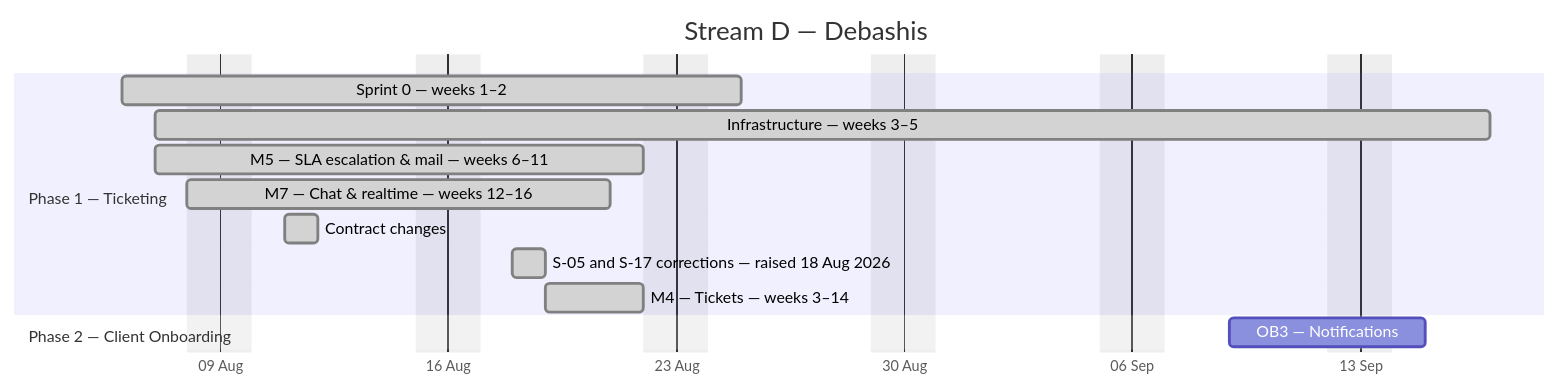
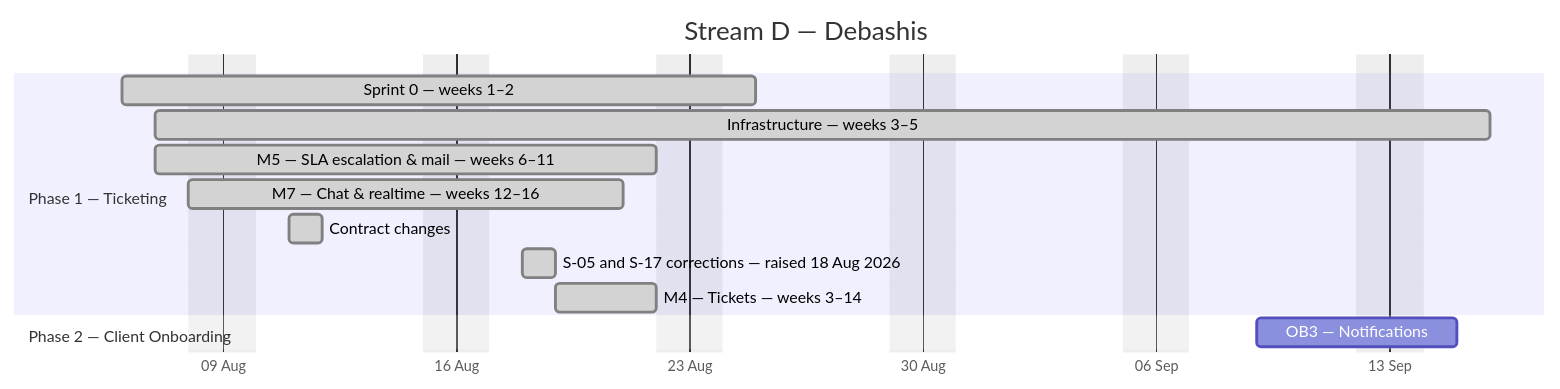
One commit to debashisedunext/EduTrack changed the fourth of 4 diagrams in docs/plan/GANTT.md. Above: the diagram before and after it, drawn with Mermaid. The commit also changed other lines of this file and 3 other files, not shown here.

````diff
--- a/docs/plan/GANTT.md
+++ b/docs/plan/GANTT.md
@@ -178,17 +173,17 @@
 ```mermaid
 gantt
     dateFormat YYYY-MM-DD
     axisFormat %d %b
     title Stream D — Debashis
     excludes weekends
     section Phase 1 — Ticketing
     Sprint 0 — weeks 1–2 :done, d0, 2026-08-06, 13d
-    Infrastructure — weeks 3–5 :done, d1, 2026-08-07, 29d
+    Infrastructure — weeks 3–5 :done, d1, 2026-08-07, 28d
     M5 — SLA  escalation & mail — weeks 6–11 :done, d2, 2026-08-07, 11d
     M7 — Chat & realtime — weeks 12–16 :done, d3, 2026-08-08, 10d
     Contract changes :done, d4, 2026-08-11, 1d
     S-05 and S-17 corrections — raised 18 Aug 2026 :done, d5, 2026-08-18, 1d
     M4 — Tickets — weeks 3–14 :done, d6, 2026-08-19, 3d
     section Phase 2 — Client Onboarding
     OB3 — Notifications :d7, 2026-09-09, 4d
 ```
````
